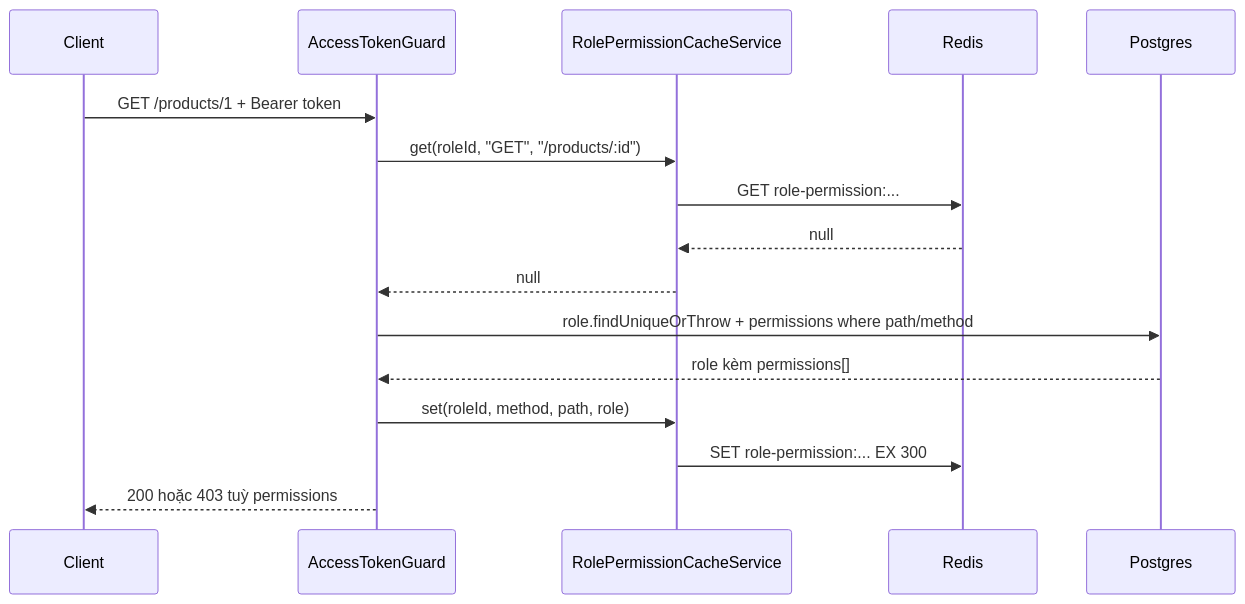
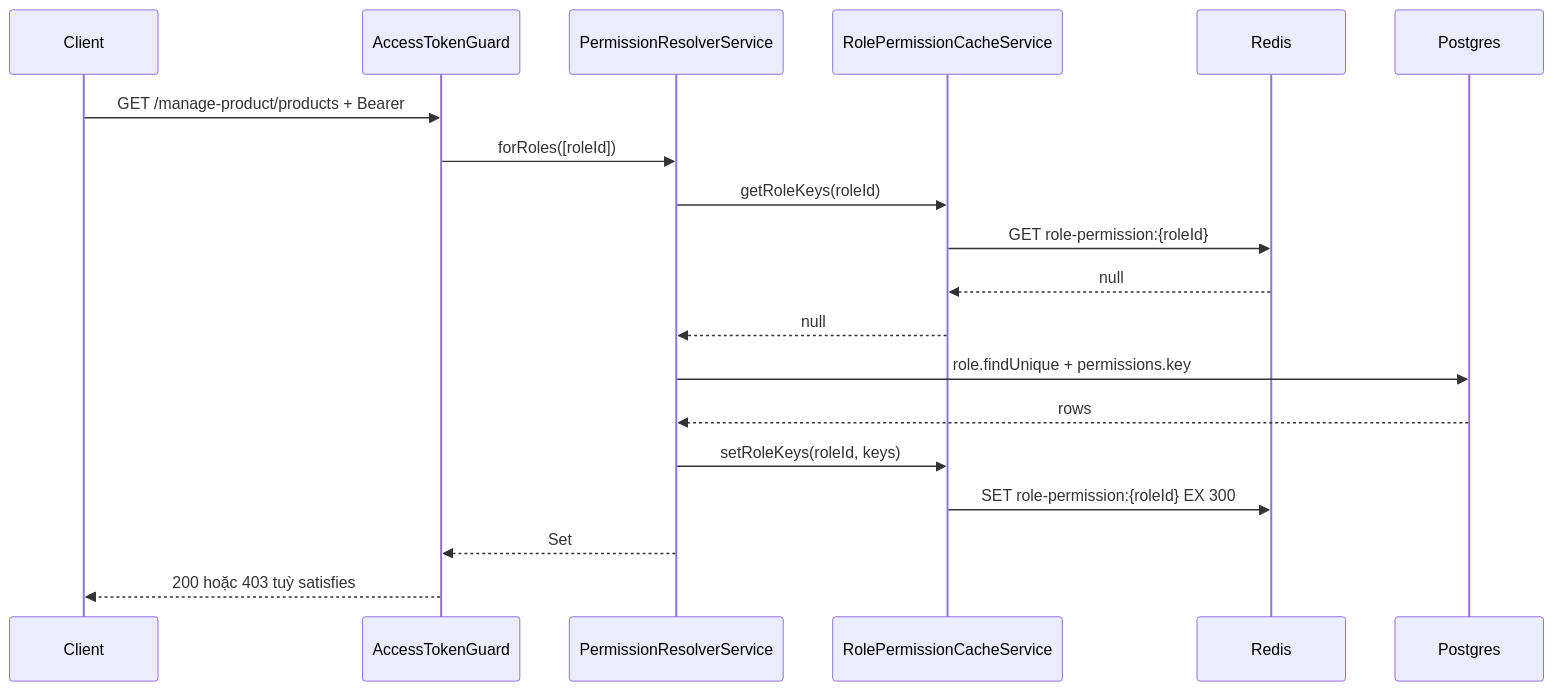
One commit to dangxuanthangqt/ecom changed the seventh of 10 diagrams in docs/redis-caching-guide.md. Above: the diagram before and after it, drawn with Mermaid. The commit also changed other lines of this file and 11 other files, not shown here.

First line of the commit message:
docs: reconcile the documentation set with the permission refactor

````diff
--- a/docs/redis-caching-guide.md
+++ b/docs/redis-caching-guide.md
@@ -891,19 +904,22 @@
 ```mermaid
 sequenceDiagram
     participant C as Client
     participant G as AccessTokenGuard
+    participant S as PermissionResolverService
     participant K as RolePermissionCacheService
     participant R as Redis
     participant P as Postgres
 
-    C->>G: GET /products/1 + Bearer token
-    G->>K: get(roleId, "GET", "/products/:id")
-    K->>R: GET role-permission:...
+    C->>G: GET /manage-product/products + Bearer
+    G->>S: forRoles([roleId])
+    S->>K: getRoleKeys(roleId)
+    K->>R: GET role-permission:{roleId}
     R-->>K: null
-    K-->>G: null
-    G->>P: role.findUniqueOrThrow + permissions where path/method
-    P-->>G: role kèm permissions[]
-    G->>K: set(roleId, method, path, role)
-    K->>R: SET role-permission:... EX 300
-    G-->>C: 200 hoặc 403 tuỳ permissions
+    K-->>S: null
+    S->>P: role.findUnique + permissions.key
+    P-->>S: rows
+    S->>K: setRoleKeys(roleId, keys)
+    K->>R: SET role-permission:{roleId} EX 300
+    S-->>G: Set
+    G-->>C: 200 hoặc 403 tuỳ satisfies
 ```
````
